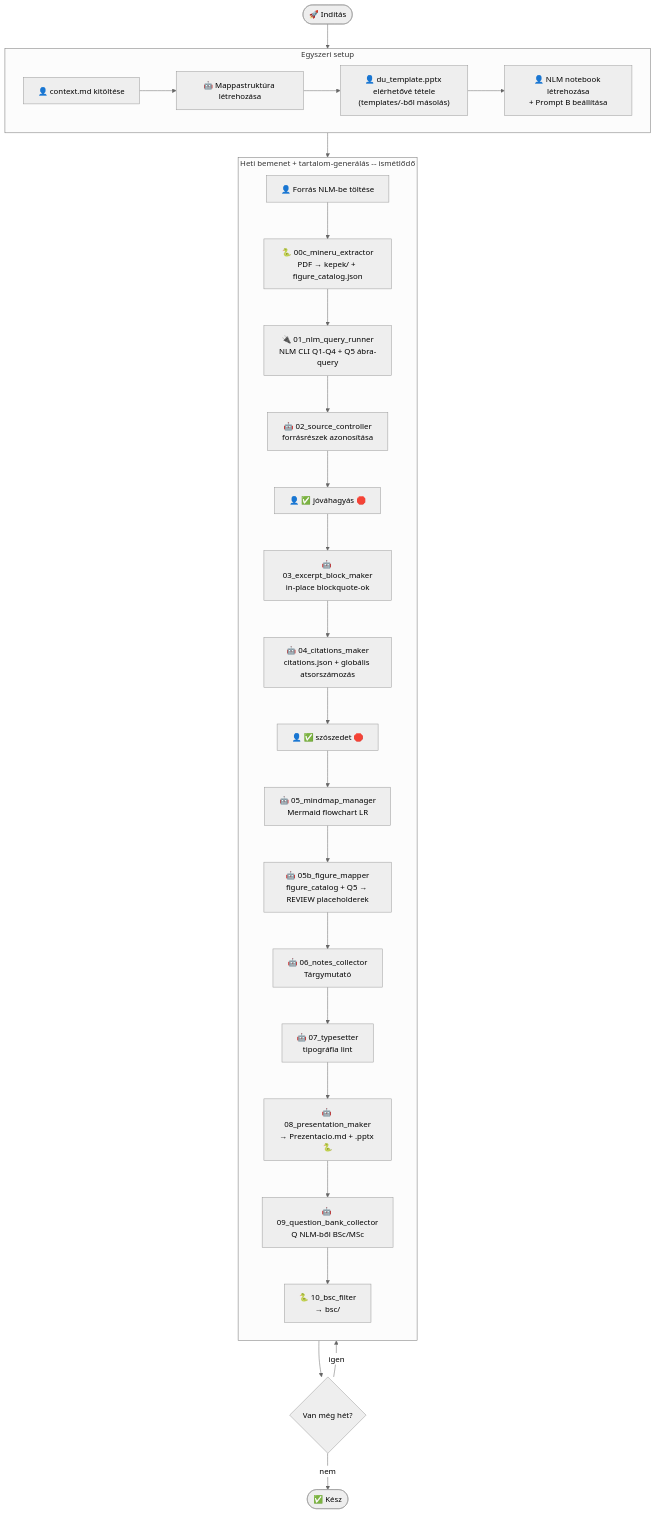
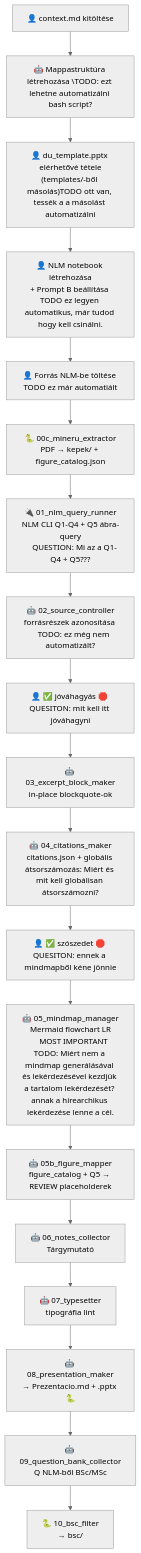
One commit to InutilemMachina/claude_play changed the diagram in .claude/pipeline.md. Above: the diagram before and after it, drawn with Mermaid (neutral theme). The commit also changed other lines of this file and 5 other files, not shown here.

````diff
--- a/.claude/pipeline.md
+++ b/.claude/pipeline.md
@@ -14,36 +16,25 @@
 ```mermaid
 flowchart TD
-    START(["🚀 Indítás"]) --> PRE
-
-    subgraph PRE["Egyszeri setup"]
-        P1["👤 context.md kitöltése"] --> P2
-        P2["🤖 Mappastruktúra létrehozása"] --> P3
-        P3["👤 du_template.pptx elérhetővé tétele\n(templates/-ből másolás)"] --> P4
-        P4["👤 NLM notebook létrehozása\n+ Prompt B beállítása"]
-    end
-
-    PRE --> WEEK
-
-    subgraph WEEK["Heti bemenet + tartalom-generálás -- ismétlődő"]
-        direction TB
-        W0["👤 Forrás NLM-be töltése"] --> W0c
-        W0c["🐍 00c_mineru_extractor\nPDF → kepek/ + figure_catalog.json"] --> W1
-        W1["🔌 01_nlm_query_runner\nNLM CLI Q1-Q4 + Q5 ábra-query"] --> W2
-        W2["🤖 02_source_controller\nforrásrészek azonosítása"] --> W2CHK
-        W2CHK["👤 ✅ jóváhagyás 🛑"] --> W3
-        W3["🤖 03_excerpt_block_maker\nin-place blockquote-ok"] --> W4
-        W4["🤖 04_citations_maker\ncitations.json + globális atsorszámozás"] --> W4CHK
-        W4CHK["👤 ✅ szószedet 🛑"] --> W5
-        W5["🤖 05_mindmap_manager\nMermaid flowchart LR"] --> W5b
-        W5b["🤖 05b_figure_mapper\nfigure_catalog + Q5 → REVIEW placeholderek"] --> W6
-        W6["🤖 06_notes_collector\nTárgymutató"] --> W7
-        W7["🤖 07_typesetter\ntipográfia lint"] --> W8
-        W8["🤖 08_presentation_maker\n→ Prezentacio.md + .pptx 🐍"] --> W9
-        W9["🤖 09_question_bank_collector\nQ NLM-ből BSc/MSc"] --> W10
-        W10["🐍 10_bsc_filter\n→ bsc/"]
-    end
-
-    WEEK --> NEXT{"Van még hét?"}
-    NEXT -->|igen| WEEK
-    NEXT -->|nem| END(["✅ Kész"])
+    P1["👤 context.md kitöltése"] --> P2
+    P2["🤖 Mappastruktúra létrehozása \TODO: ezt lehetne automatizálni bash script?"] --> P3 
+    P3["👤 du_template.pptx elérhetővé tétele\n(templates/-ből másolás)TODO ott van, tessék a a másolást automatizálni"] --> P4
+    P4["👤 NLM notebook létrehozása\n+ Prompt B beállítása TODO ez legyen automatikus, már tudod hogy kell csinálni."] --> W0
+    W0["👤 Forrás NLM-be töltése TODO ez már automatiált"] --> W0c
+    W0c["🐍 00c_mineru_extractor\nPDF → kepek/ + figure_catalog.json"] --> W1
+    W1["🔌 01_nlm_query_runner\nNLM CLI Q1-Q4 + Q5 ábra-query
+    QUESTION: Mi az a Q1-Q4 + Q5???"] --> W2
+    W2["🤖 02_source_controller\nforrásrészek azonosítása 
+    TODO: ez még nem automatizált? "] --> W2CHK 
+    W2CHK["👤 ✅ jóváhagyás 🛑 QUESITON: mit kell itt jóváhagyni"] --> W3
+    W3["🤖 03_excerpt_block_maker\nin-place blockquote-ok"] --> W4
+    W4["🤖 04_citations_maker\ncitations.json + globális átsorszámozás: Miért és mit kell globálisan átsorszámozni?"] --> W4CHK
+    W4CHK["👤 ✅ szószedet 🛑 QUESITON: ennek a mindmapből kéne jönnie"] --> W5
+    W5["🤖 05_mindmap_manager\nMermaid flowchart LR
+    MOST IMPORTANT TODO: Miért nem a mindmap generálásával és lekérdezésével kezdjük a tartalom lekérdezését? annak a hirearchikus lekérdezése lenne a cél. "] --> W5b
+    W5b["🤖 05b_figure_mapper\nfigure_catalog + Q5 → REVIEW placeholderek"] --> W6
+    W6["🤖 06_notes_collector\nTárgymutató"] --> W7
+    W7["🤖 07_typesetter\ntipográfia lint"] --> W8
+    W8["🤖 08_presentation_maker\n→ Prezentacio.md + .pptx 🐍"] --> W9
+    W9["🤖 09_question_bank_collector\nQ NLM-ből BSc/MSc"] --> W10
+    W10["🐍 10_bsc_filter\n→ bsc/"]
 ```
````
